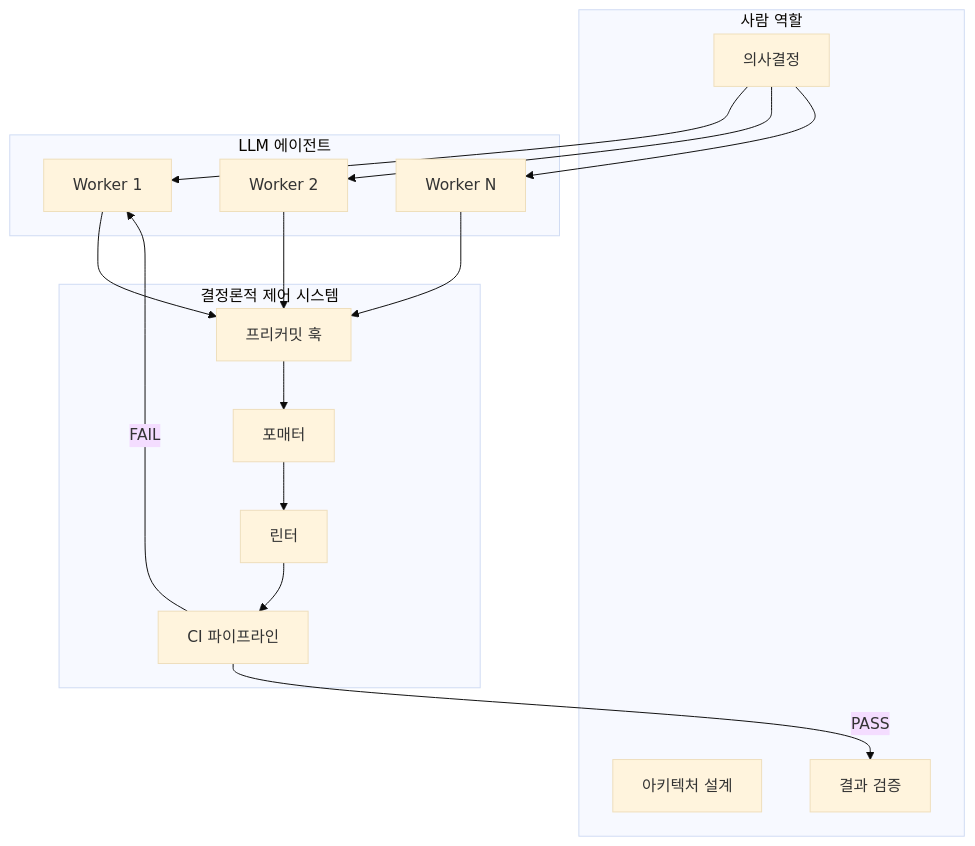
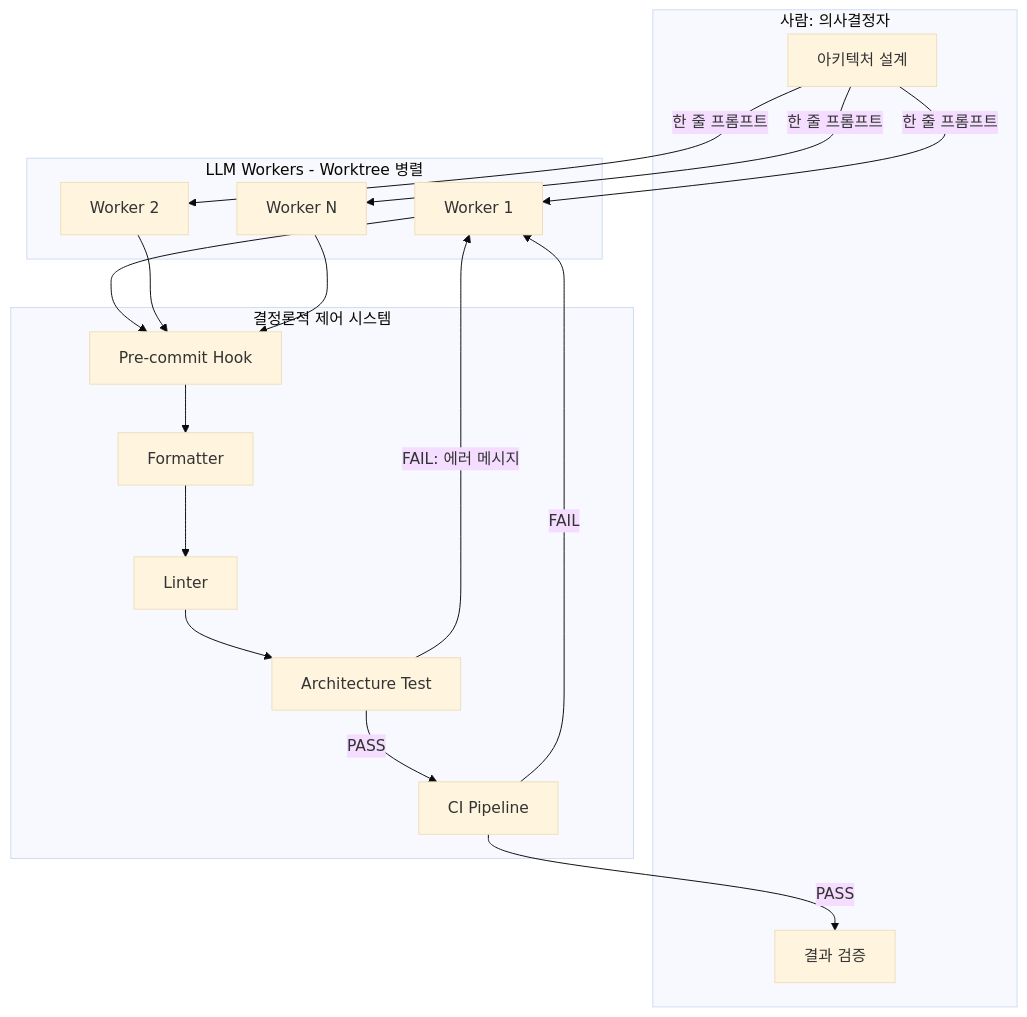
One commit to Mino777/ai-study changed the first of 2 diagrams in content/harness-engineering/ai-native-system-deterministic-control.mdx. Above: the diagram before and after it, drawn with Mermaid (base theme). The commit also changed other lines of this file, not shown here.

````diff
--- a/content/harness-engineering/ai-native-system-deterministic-control.mdx
+++ b/content/harness-engineering/ai-native-system-deterministic-control.mdx
@@ -75,33 +91,35 @@
 ```mermaid
 flowchart TD
-    subgraph Human["사람 역할"]
-        D["의사결정"]
-        A["아키텍처 설계"]
-        R["결과 검증"]
+    subgraph Human["사람: 의사결정자"]
+        D["아키텍처 설계"]
+        V["결과 검증"]
     end
 
     subgraph System["결정론적 제어 시스템"]
-        CI["CI 파이프라인"]
-        FMT["포매터"]
-        LINT["린터"]
-        HOOK["프리커밋 훅"]
+        HOOK["Pre-commit Hook"]
+        FMT["Formatter"]
+        LINT["Linter"]
+        ARCH["Architecture Test"]
+        CI["CI Pipeline"]
     end
 
-    subgraph AI["LLM 에이전트"]
+    subgraph AI["LLM Workers - Worktree 병렬"]
         W1["Worker 1"]
         W2["Worker 2"]
         W3["Worker N"]
     end
 
-    D --> W1
-    D --> W2
-    D --> W3
+    D -->|"한 줄 프롬프트"| W1
+    D -->|"한 줄 프롬프트"| W2
+    D -->|"한 줄 프롬프트"| W3
     W1 --> HOOK
     W2 --> HOOK
     W3 --> HOOK
     HOOK --> FMT
     FMT --> LINT
-    LINT --> CI
-    CI -->|PASS| R
-    CI -->|FAIL| W1
+    LINT --> ARCH
+    ARCH -->|"FAIL: 에러 메시지"| W1
+    ARCH -->|"PASS"| CI
+    CI -->|"PASS"| V
+    CI -->|"FAIL"| W1
 ```
````
